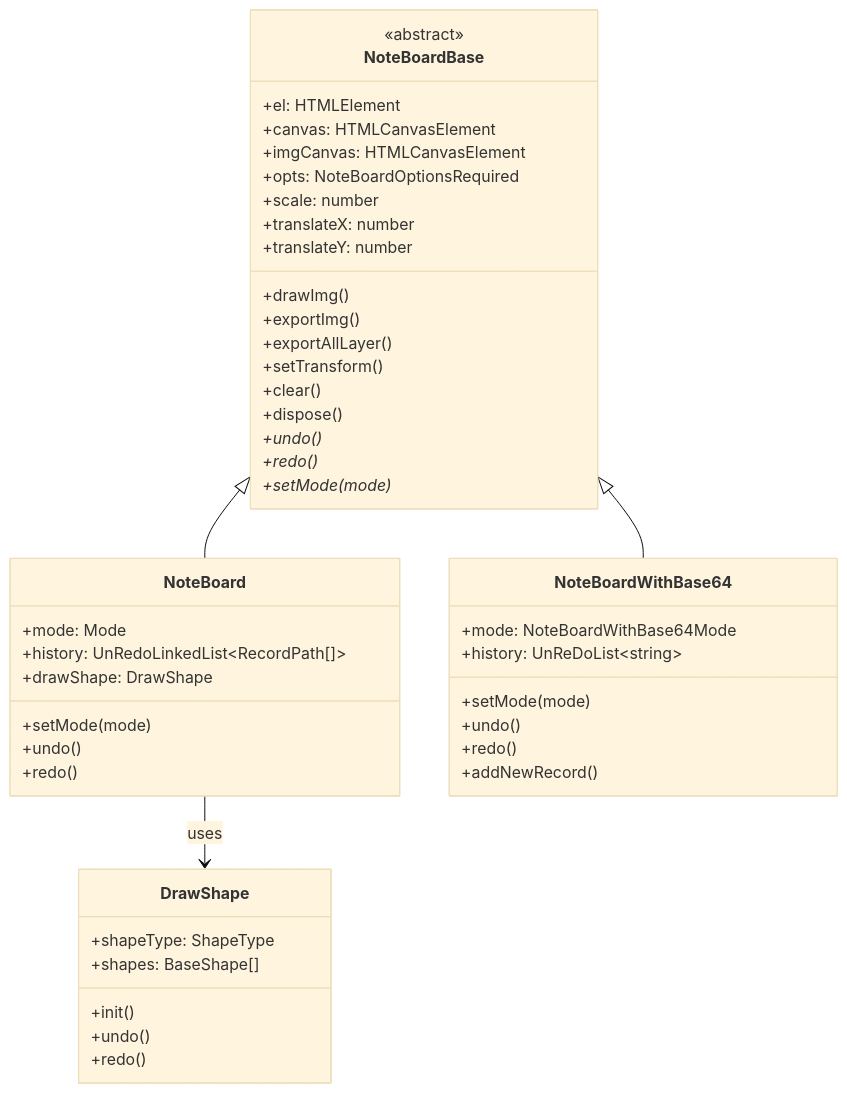
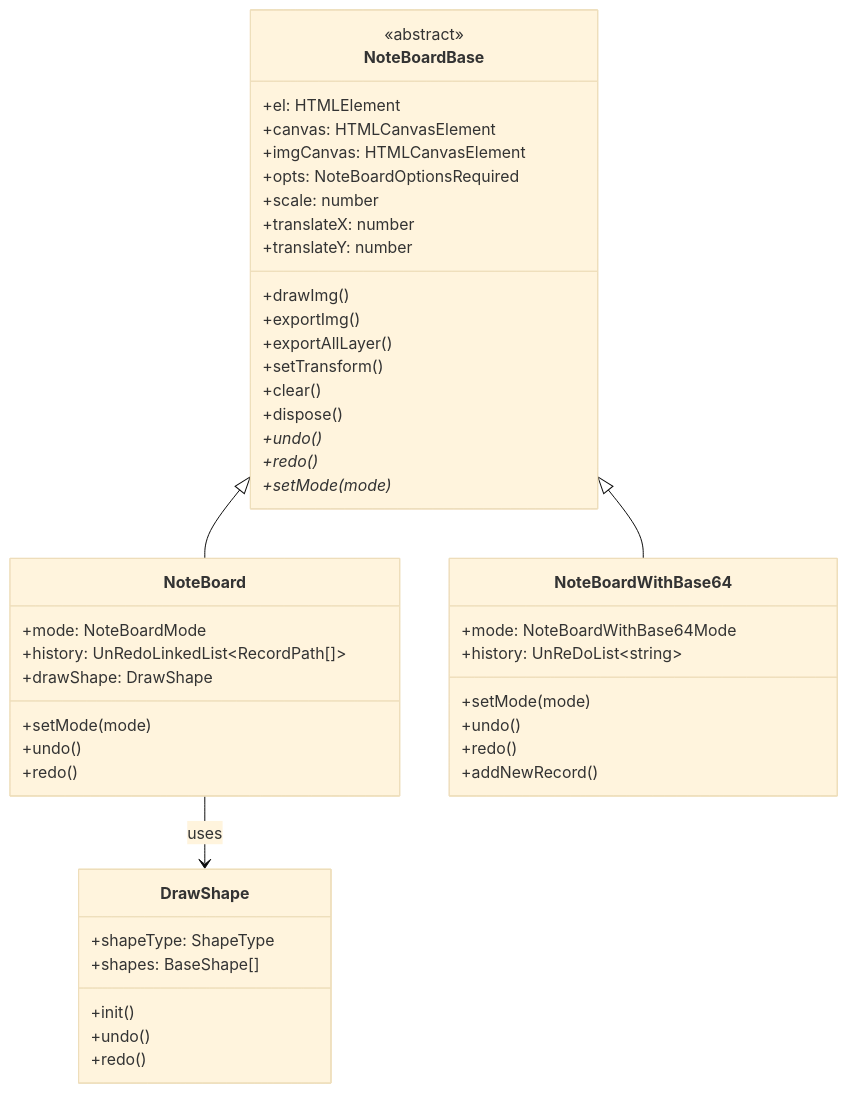
One commit to beixiyo/jl-cvs changed the diagram in packages/jl-cvs/src/NoteBoard/README.md. Above: the diagram before and after it, drawn with Mermaid (base theme). The commit also changed other lines of this file and 22 other files, not shown here.

````diff
--- a/packages/jl-cvs/src/NoteBoard/README.md
+++ b/packages/jl-cvs/src/NoteBoard/README.md
@@ -44,52 +44,52 @@
 ```mermaid
 classDiagram
     class NoteBoardBase {
         <<abstract>>
         +el: HTMLElement
         +canvas: HTMLCanvasElement
         +imgCanvas: HTMLCanvasElement
         +opts: NoteBoardOptionsRequired
         +scale: number
         +translateX: number
         +translateY: number
         +drawImg()
         +exportImg()
         +exportAllLayer()
         +setTransform()
         +clear()
         +dispose()
         +undo()*
         +redo()*
         +setMode(mode)*
     }
 
     class NoteBoard {
-        +mode: Mode
+        +mode: NoteBoardMode
         +history: UnRedoLinkedList~RecordPath[]~
         +drawShape: DrawShape
         +setMode(mode)
         +undo()
         +redo()
     }
 
     class NoteBoardWithBase64 {
         +mode: NoteBoardWithBase64Mode
         +history: UnReDoList~string~
         +setMode(mode)
         +undo()
         +redo()
         +addNewRecord()
     }
 
     class DrawShape {
       +shapeType: ShapeType
       +shapes: BaseShape[]
       +init()
       +undo()
       +redo()
     }
 
     NoteBoardBase <|-- NoteBoard
     NoteBoardBase <|-- NoteBoardWithBase64
     NoteBoard --> DrawShape : uses
 ```
````
